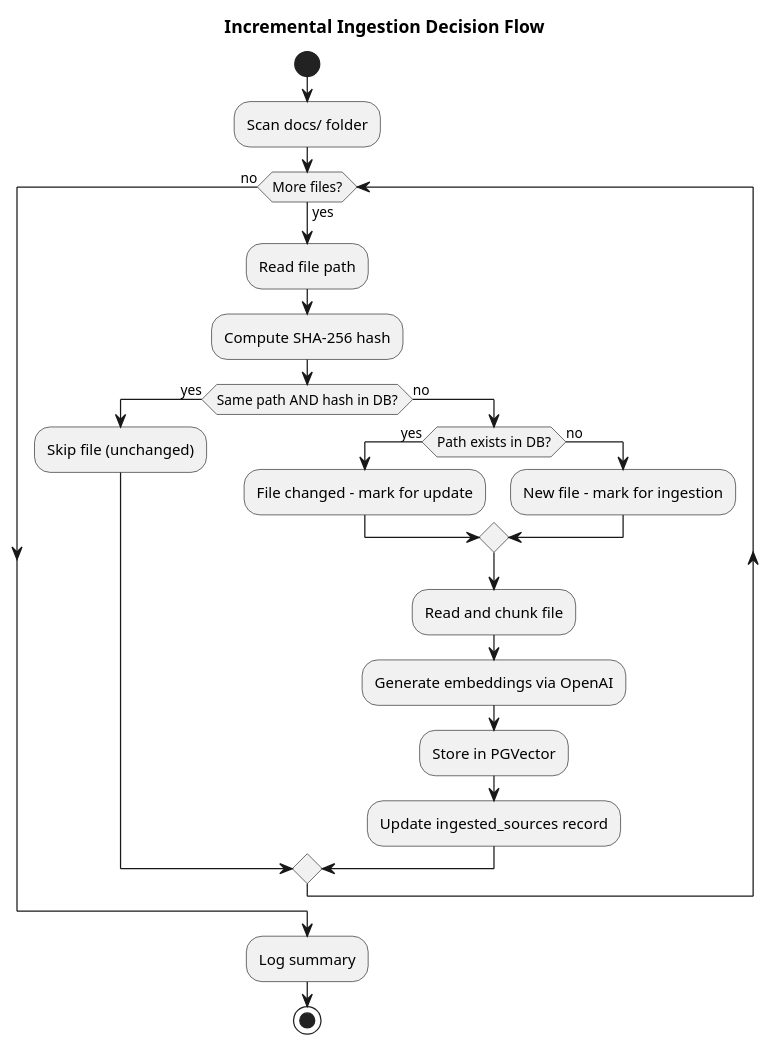
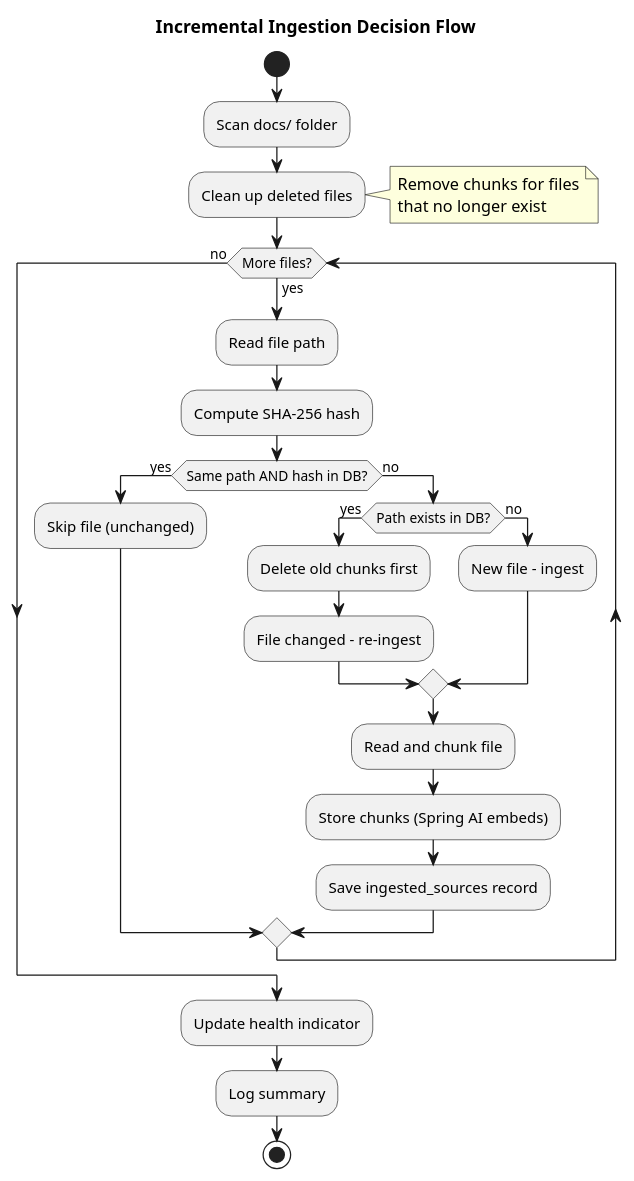
Before and after one commit to andresdiegolanda/ai-context-orchestrator: the fourth of 4 diagrams in docs/iteration-2.md, drawn with PlantUML. The commit also changed other lines of this file and 18 other files, not shown here.

First line of the commit message:
Iteration 2 fixes: orphaned chunks cleanup, incremental ingestion, health indicator

````diff
--- a/docs/iteration-2.md
+++ b/docs/iteration-2.md
@@ -349,34 +389,38 @@
 ```plantuml
 @startuml
 title Incremental Ingestion Decision Flow
 
 start
 
 :Scan docs/ folder;
+
+:Clean up deleted files;
+note right: Remove chunks for files\nthat no longer exist
 
 while (More files?) is (yes)
     :Read file path;
     :Compute SHA-256 hash;
 
     if (Same path AND hash in DB?) then (yes)
         :Skip file (unchanged);
     else (no)
         if (Path exists in DB?) then (yes)
-            :File changed - mark for update;
+            :Delete old chunks first;
+            :File changed - re-ingest;
         else (no)
-            :New file - mark for ingestion;
+            :New file - ingest;
         endif
 
         :Read and chunk file;
-        :Generate embeddings via OpenAI;
-        :Store in PGVector;
-        :Update ingested_sources record;
+        :Store chunks (Spring AI embeds);
+        :Save ingested_sources record;
     endif
 endwhile (no)
 
+:Update health indicator;
 :Log summary;
 
 stop
 
 @enduml
 ```
````
